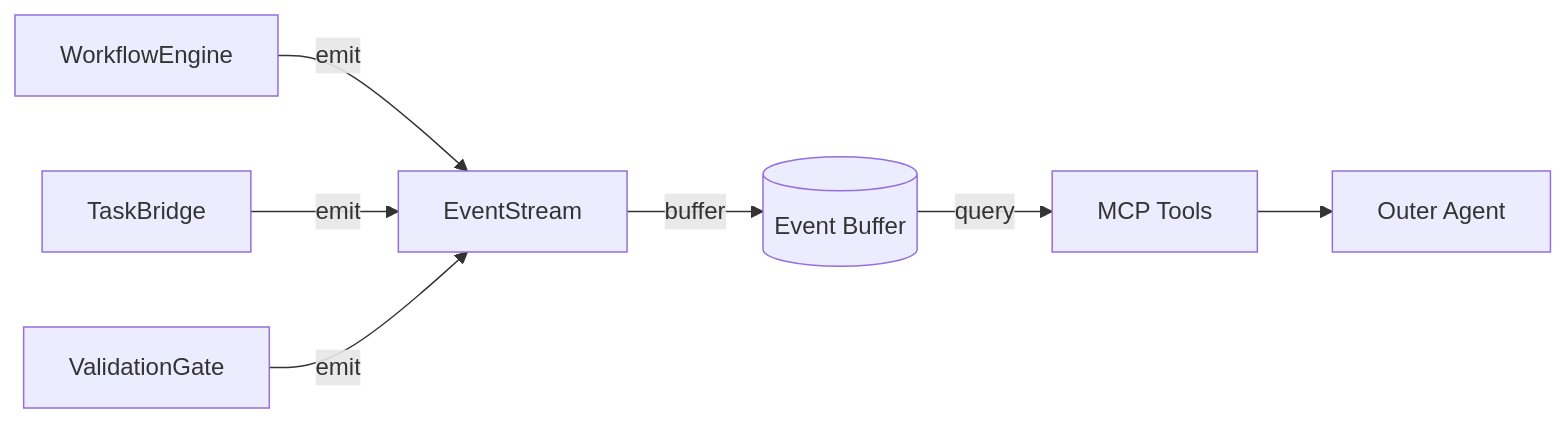
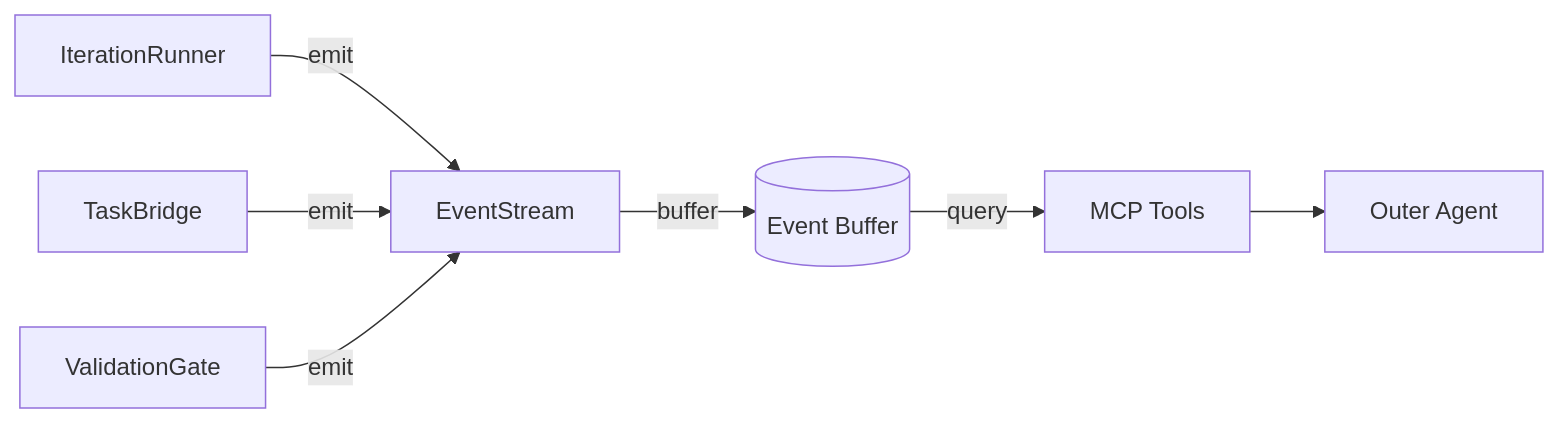
The first of 5 diagrams in docs/contributing/EVENT_STREAMING.md (jienckebd/dev-loop), drawn with Mermaid before and after one commit. The commit also changed other lines of this file and 43 other files, not shown here.

````diff
--- a/docs/contributing/EVENT_STREAMING.md
+++ b/docs/contributing/EVENT_STREAMING.md
@@ -24,9 +24,9 @@
 ```mermaid
 flowchart LR
-    WE[WorkflowEngine] -->|emit| ES[EventStream]
+    IR[IterationRunner] -->|emit| ES[EventStream]
     TB[TaskBridge] -->|emit| ES
     VG[ValidationGate] -->|emit| ES
     ES -->|buffer| Events[(Event Buffer)]
     Events -->|query| MCP[MCP Tools]
     MCP --> Agent[Outer Agent]
 ```
````
